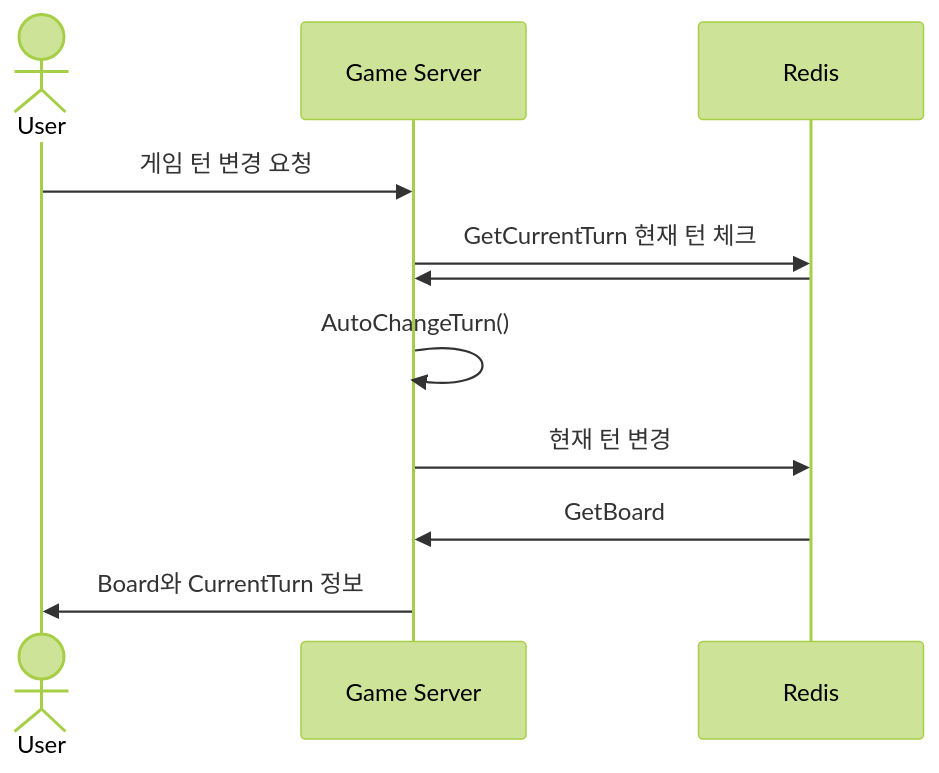
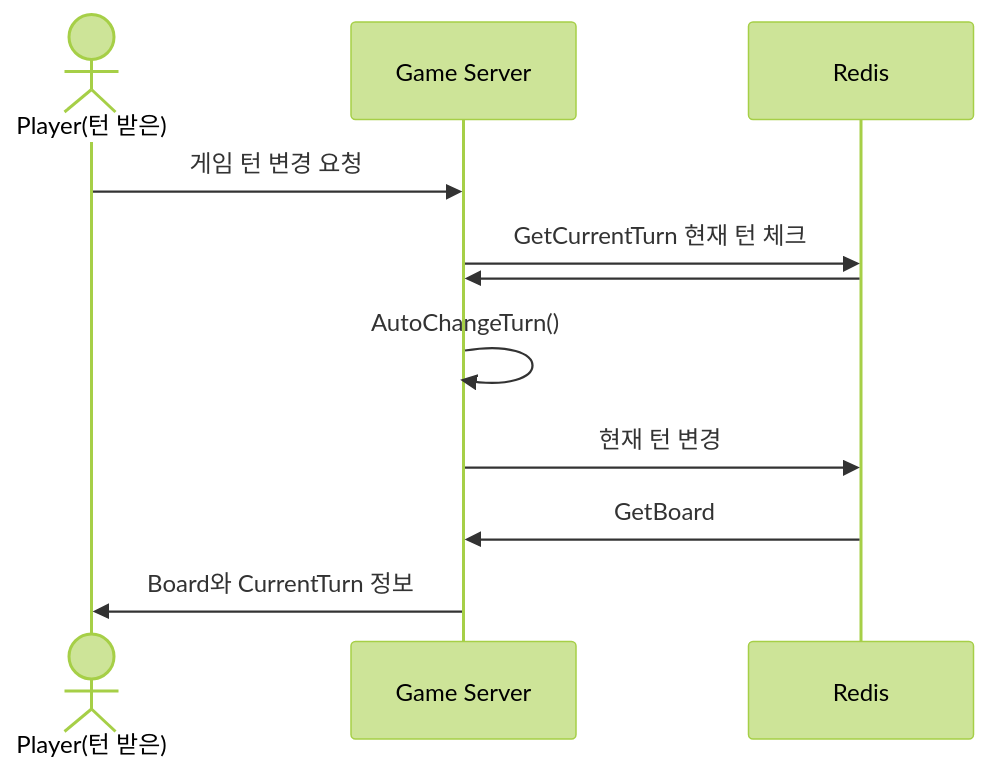
One commit to yujinS0/Omok-Game changed the first of 4 diagrams in SequenceDiagram/OmokGamePlay.md. Above: the diagram before and after it, drawn with Mermaid (forest theme). The commit also changed other lines of this file, not shown here.

````diff
--- a/SequenceDiagram/OmokGamePlay.md
+++ b/SequenceDiagram/OmokGamePlay.md
@@ -7,15 +7,15 @@
 ```mermaid
 sequenceDiagram
-	actor User
+	actor Player(턴 받은)
 	participant Game Server
   	participant Redis
 
-	User ->> Game Server : 게임 턴 변경 요청
+	Player(턴 받은) ->> Game Server : 게임 턴 변경 요청
 	Game Server ->> Redis : GetCurrentTurn 현재 턴 체크
   	Redis ->> Game Server : 
 	  Game Server ->> Game Server : AutoChangeTurn()
 	  Game Server ->> Redis : 현재 턴 변경
 	  Redis ->> Game Server : GetBoard
-	  Game Server ->> User : Board와 CurrentTurn 정보
+	  Game Server ->> Player(턴 받은) : Board와 CurrentTurn 정보
 
 ```
````
